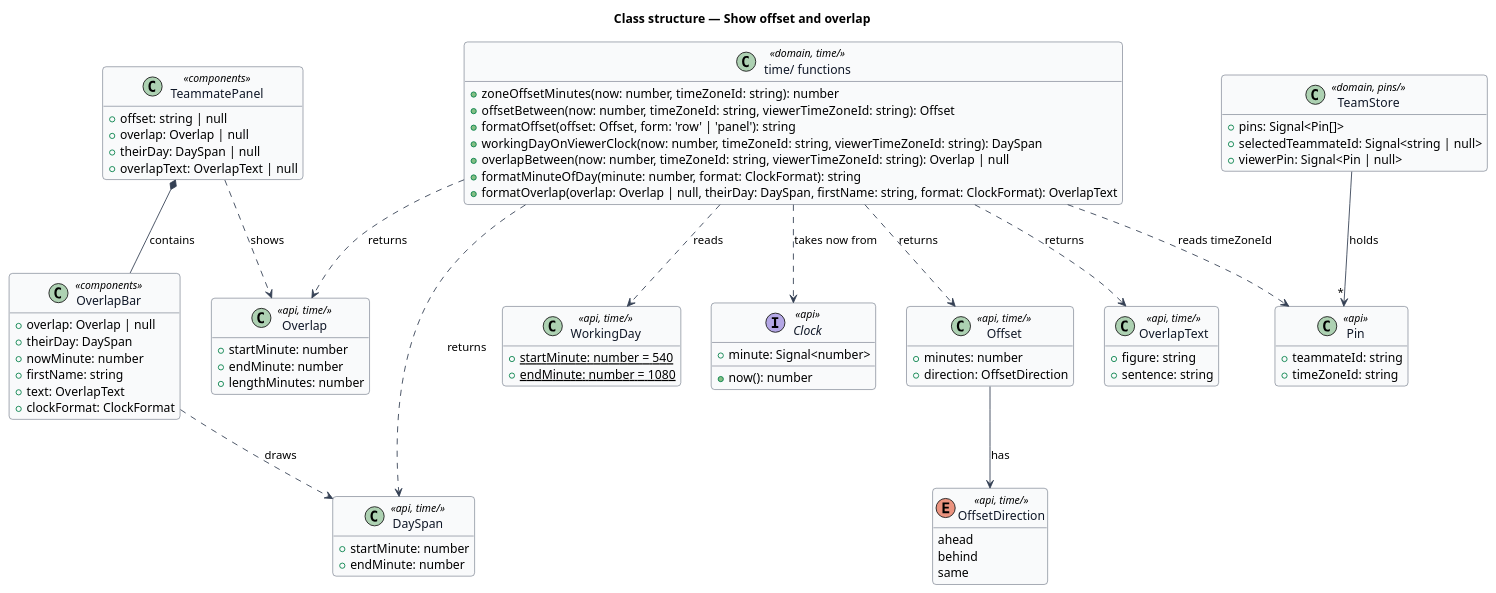
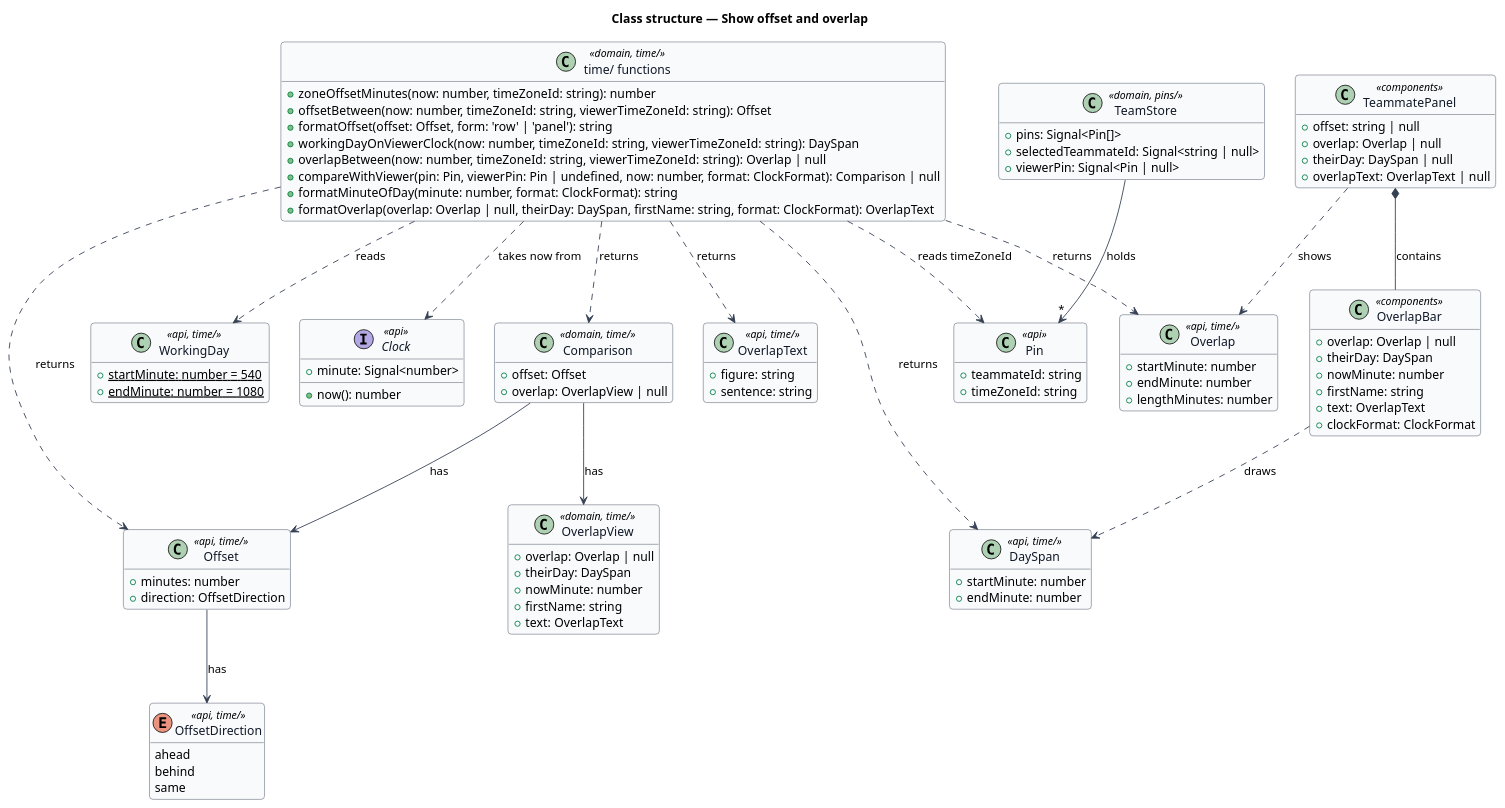
Before and after one commit to QuinntyneBrown/Mondino: the diagram in docs/detailed-designs/time/show-offset-and-overlap/diagrams/class-structure.puml, drawn with PlantUML. The commit also changed 5 other files, not shown here.

First line of the commit message:
Compare a teammate with the viewer, and leave out the viewer's own pin

```diff
--- a/docs/detailed-designs/time/show-offset-and-overlap/diagrams/class-structure.puml
+++ b/docs/detailed-designs/time/show-offset-and-overlap/diagrams/class-structure.puml
@@ -1,102 +1,119 @@
 @startuml
 skinparam backgroundColor #FFFFFF
 skinparam shadowing false
 skinparam roundcorner 8
 skinparam defaultFontName Arial
 skinparam ArrowColor #344054
 skinparam class {
   BorderColor #344054
   FontColor #101828
   BackgroundColor #F9FAFB
 }
 hide empty members
 title Class structure — Show offset and overlap
 
 
 class "time/ functions" as TimeFns <<domain, time/>> {
   +zoneOffsetMinutes(now: number, timeZoneId: string): number
   +offsetBetween(now: number, timeZoneId: string, viewerTimeZoneId: string): Offset
   +formatOffset(offset: Offset, form: 'row' | 'panel'): string
   +workingDayOnViewerClock(now: number, timeZoneId: string, viewerTimeZoneId: string): DaySpan
   +overlapBetween(now: number, timeZoneId: string, viewerTimeZoneId: string): Overlap | null
+  +compareWithViewer(pin: Pin, viewerPin: Pin | undefined, now: number, format: ClockFormat): Comparison | null
   +formatMinuteOfDay(minute: number, format: ClockFormat): string
   +formatOverlap(overlap: Overlap | null, theirDay: DaySpan, firstName: string, format: ClockFormat): OverlapText
 }
 
 class DaySpan <<api, time/>> {
   +startMinute: number
   +endMinute: number
 }
 
 class OverlapText <<api, time/>> {
   +figure: string
   +sentence: string
 }
 
 class Offset <<api, time/>> {
   +minutes: number
   +direction: OffsetDirection
 }
 
 enum OffsetDirection <<api, time/>> {
   ahead
   behind
   same
 }
 
 class Overlap <<api, time/>> {
   +startMinute: number
   +endMinute: number
   +lengthMinutes: number
+}
+
+class Comparison <<domain, time/>> {
+  +offset: Offset
+  +overlap: OverlapView | null
+}
+
+class OverlapView <<domain, time/>> {
+  +overlap: Overlap | null
+  +theirDay: DaySpan
+  +nowMinute: number
+  +firstName: string
+  +text: OverlapText
 }
 
 class WorkingDay <<api, time/>> {
   +{static} startMinute: number = 540
   +{static} endMinute: number = 1080
 }
 
 interface Clock <<api>> {
   +minute: Signal<number>
   +now(): number
 }
 
 class TeamStore <<domain, pins/>> {
   +pins: Signal<Pin[]>
   +selectedTeammateId: Signal<string | null>
   +viewerPin: Signal<Pin | null>
 }
 
 class Pin <<api>> {
   +teammateId: string
   +timeZoneId: string
 }
 
 class OverlapBar <<components>> {
   +overlap: Overlap | null
   +theirDay: DaySpan
   +nowMinute: number
   +firstName: string
   +text: OverlapText
   +clockFormat: ClockFormat
 }
 
 class TeammatePanel <<components>> {
   +offset: string | null
   +overlap: Overlap | null
   +theirDay: DaySpan | null
   +overlapText: OverlapText | null
 }
 
+TimeFns ..> Comparison : returns
+Comparison --> Offset : has
+Comparison --> OverlapView : has
 TimeFns ..> Offset : returns
 TimeFns ..> Overlap : returns
 TimeFns ..> DaySpan : returns
 TimeFns ..> OverlapText : returns
 OverlapBar ..> DaySpan : draws
 TimeFns ..> WorkingDay : reads
 Offset --> OffsetDirection : has
 TeamStore --> "*" Pin : holds
 TeammatePanel *-- OverlapBar : contains
 TeammatePanel ..> Overlap : shows
 TimeFns ..> Clock : takes now from
 TimeFns ..> Pin : reads timeZoneId
 @enduml
```
